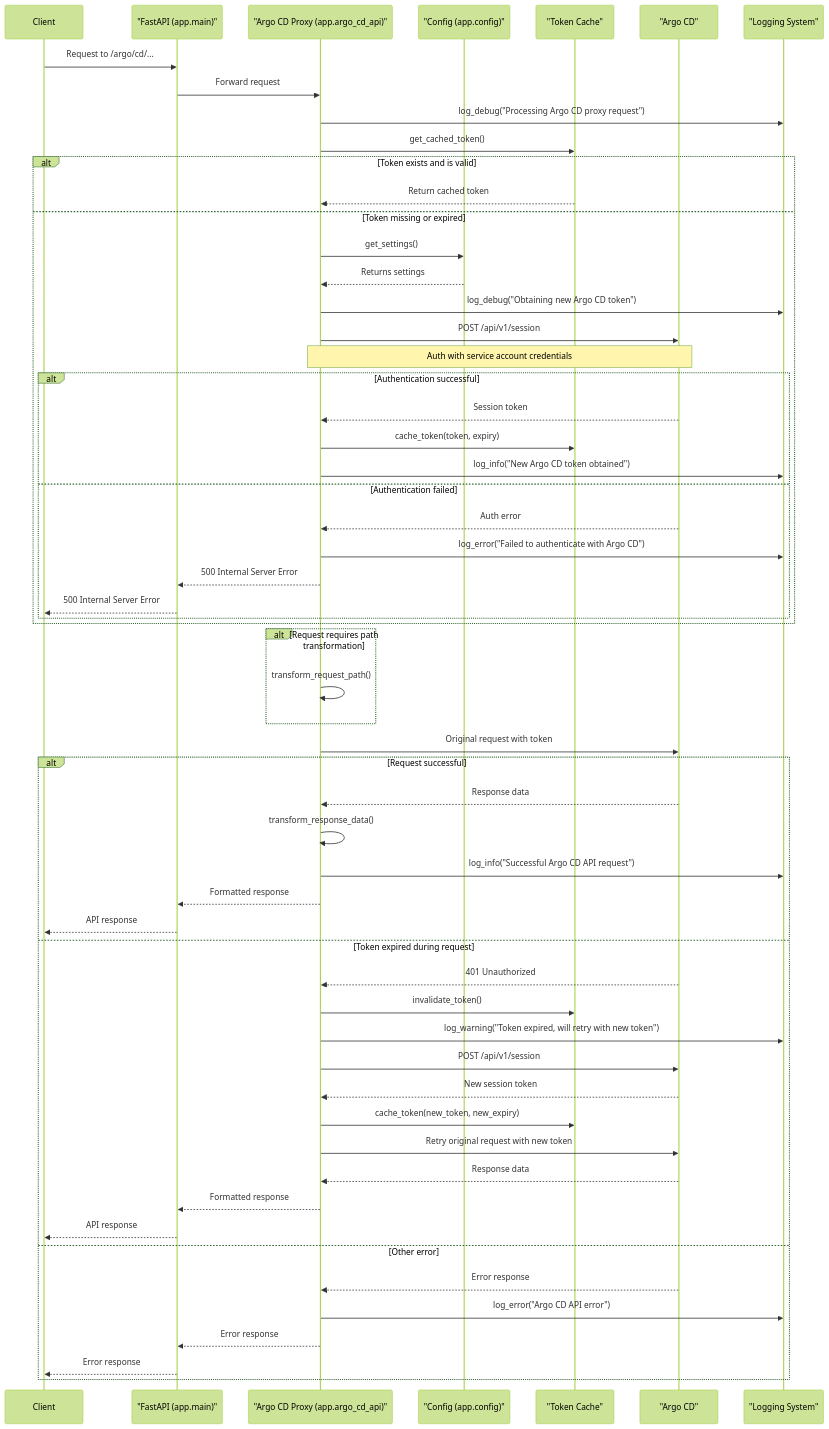
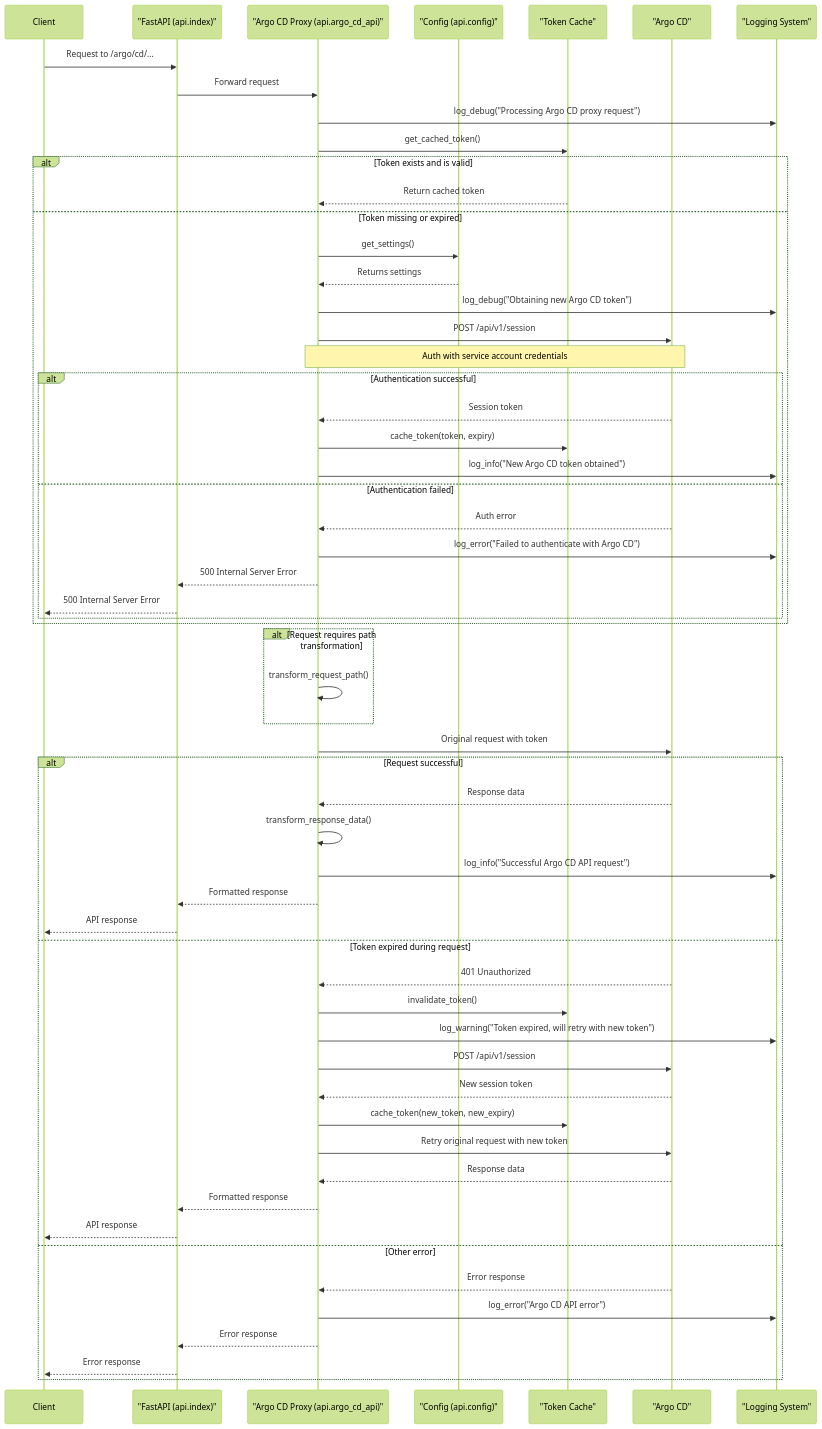
One commit to lloydchang/tvp-k8s changed the diagram in api/mermaid/argo-cd-proxy-sequence.mermaid. Above: the diagram before and after it, drawn with Mermaid (forest theme). The commit also changed 33 other files, not shown here.

```diff
--- a/api/mermaid/argo-cd-proxy-sequence.mermaid
+++ b/api/mermaid/argo-cd-proxy-sequence.mermaid
@@ -1,68 +1,68 @@
 sequenceDiagram
     participant Client
-    participant FastAPI as "FastAPI (app.main)"
-    participant ArgoCDProxy as "Argo CD Proxy (app.argo_cd_api)"
-    participant Config as "Config (app.config)"
+    participant FastAPI as "FastAPI (api.index)"
+    participant ArgoCDProxy as "Argo CD Proxy (api.argo_cd_api)"
+    participant Config as "Config (api.config)"
     participant TokenCache as "Token Cache"
     participant ArgoCD as "Argo CD"
     participant Logger as "Logging System"
     
     Client->>FastAPI: Request to /argo/cd/...
     FastAPI->>ArgoCDProxy: Forward request
     ArgoCDProxy->>Logger: log_debug("Processing Argo CD proxy request")
     
     ArgoCDProxy->>TokenCache: get_cached_token()
     
     alt Token exists and is valid
         TokenCache-->>ArgoCDProxy: Return cached token
     else Token missing or expired
         ArgoCDProxy->>Config: get_settings()
         Config-->>ArgoCDProxy: Returns settings
         
         ArgoCDProxy->>Logger: log_debug("Obtaining new Argo CD token")
         ArgoCDProxy->>ArgoCD: POST /api/v1/session
         Note over ArgoCDProxy,ArgoCD: Auth with service account credentials
         
         alt Authentication successful
             ArgoCD-->>ArgoCDProxy: Session token
             ArgoCDProxy->>TokenCache: cache_token(token, expiry)
             ArgoCDProxy->>Logger: log_info("New Argo CD token obtained")
         else Authentication failed
             ArgoCD-->>ArgoCDProxy: Auth error
             ArgoCDProxy->>Logger: log_error("Failed to authenticate with Argo CD")
             ArgoCDProxy-->>FastAPI: 500 Internal Server Error
             FastAPI-->>Client: 500 Internal Server Error
         end
     end
     
     alt Request requires path transformation
         ArgoCDProxy->>ArgoCDProxy: transform_request_path()
     end
     
     ArgoCDProxy->>ArgoCD: Original request with token
     
     alt Request successful
         ArgoCD-->>ArgoCDProxy: Response data
         ArgoCDProxy->>ArgoCDProxy: transform_response_data()
         ArgoCDProxy->>Logger: log_info("Successful Argo CD API request")
         ArgoCDProxy-->>FastAPI: Formatted response
         FastAPI-->>Client: API response
     else Token expired during request
         ArgoCD-->>ArgoCDProxy: 401 Unauthorized
         ArgoCDProxy->>TokenCache: invalidate_token()
         ArgoCDProxy->>Logger: log_warning("Token expired, will retry with new token")
         
         ArgoCDProxy->>ArgoCD: POST /api/v1/session
         ArgoCD-->>ArgoCDProxy: New session token
         ArgoCDProxy->>TokenCache: cache_token(new_token, new_expiry)
         
         ArgoCDProxy->>ArgoCD: Retry original request with new token
         ArgoCD-->>ArgoCDProxy: Response data
         ArgoCDProxy-->>FastAPI: Formatted response
         FastAPI-->>Client: API response
     else Other error
         ArgoCD-->>ArgoCDProxy: Error response
         ArgoCDProxy->>Logger: log_error("Argo CD API error")
         ArgoCDProxy-->>FastAPI: Error response
         FastAPI-->>Client: Error response
     end
```
